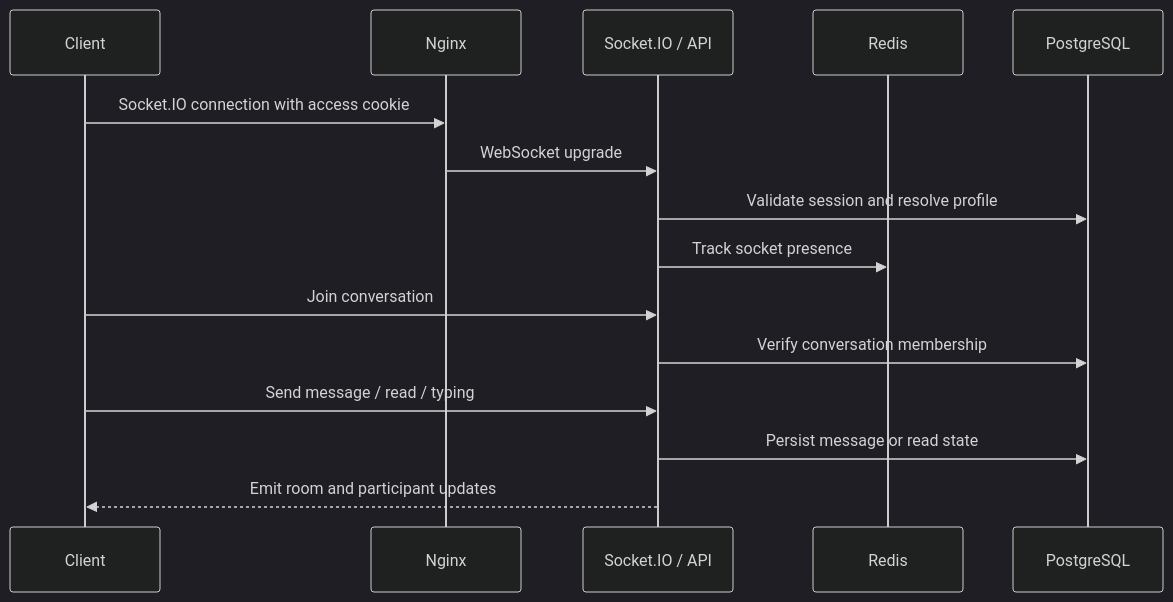
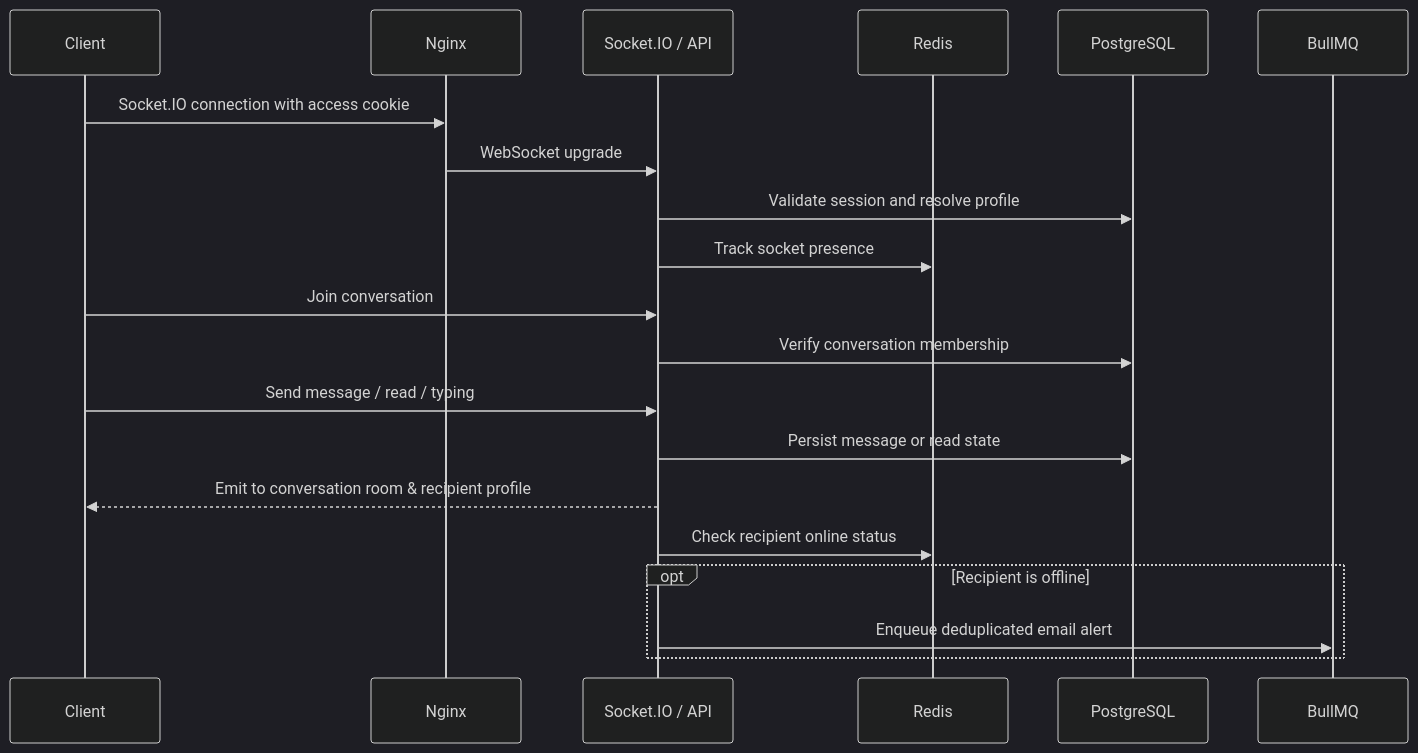
The seventh of 7 diagrams in README.md (abhisheksajwan07/DevTinder), drawn with Mermaid (dark theme) before and after one commit. The commit also changed other lines of this file and 26 other files, not shown here.

````diff
--- a/README.md
+++ b/README.md
@@ -164,17 +164,22 @@
 ```mermaid
 sequenceDiagram
     participant C as Client
     participant N as Nginx
     participant S as Socket.IO / API
     participant R as Redis
     participant P as PostgreSQL
+    participant Q as BullMQ
     C->>N: Socket.IO connection with access cookie
     N->>S: WebSocket upgrade
     S->>P: Validate session and resolve profile
     S->>R: Track socket presence
     C->>S: Join conversation
     S->>P: Verify conversation membership
     C->>S: Send message / read / typing
     S->>P: Persist message or read state
-    S-->>C: Emit room and participant updates
+    S-->>C: Emit to conversation room & recipient profile
+    S->>R: Check recipient online status
+    opt Recipient is offline
+        S->>Q: Enqueue deduplicated email alert
+    end
 ```
````
